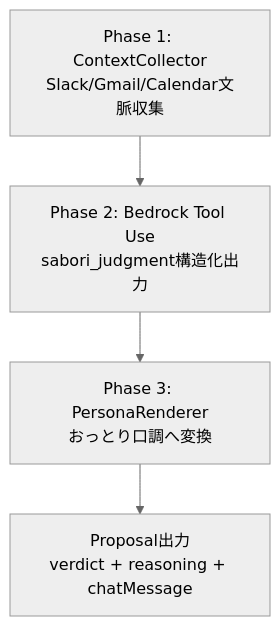
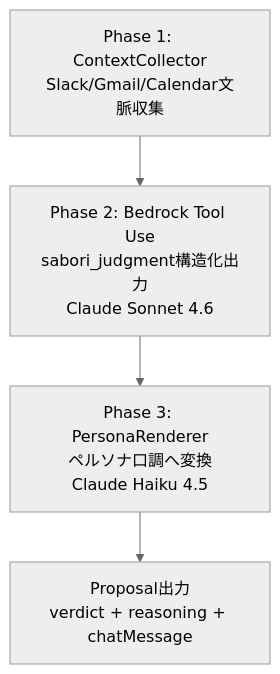
The first of 5 diagrams in README.md (mashharuki/AWS-SummitHackathon-2026), drawn with Mermaid (neutral theme) before and after one commit. The commit also changed other lines of this file, not shown here.

````diff
--- a/README.md
+++ b/README.md
@@ -112,6 +114,6 @@
 ```mermaid
 graph TD
-	P1[Phase 1: ContextCollector<br/>Slack/Gmail/Calendar文脈収集] --> P2[Phase 2: Bedrock Tool Use<br/>sabori_judgment構造化出力]
-	P2 --> P3[Phase 3: PersonaRenderer<br/>おっとり口調へ変換]
+	P1[Phase 1: ContextCollector<br/>Slack/Gmail/Calendar文脈収集] --> P2[Phase 2: Bedrock Tool Use<br/>sabori_judgment構造化出力<br/>Claude Sonnet 4.6]
+	P2 --> P3[Phase 3: PersonaRenderer<br/>ペルソナ口調へ変換<br/>Claude Haiku 4.5]
 	P3 --> OUT[Proposal出力<br/>verdict + reasoning + chatMessage]
 ```
````
